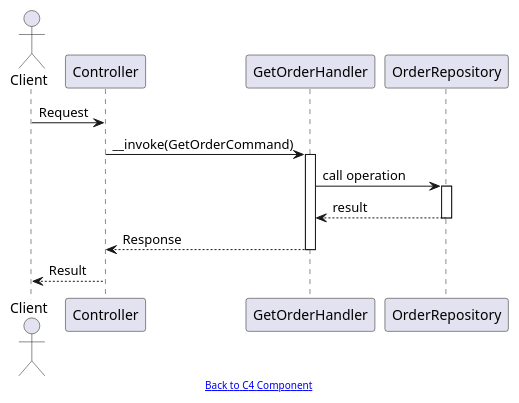
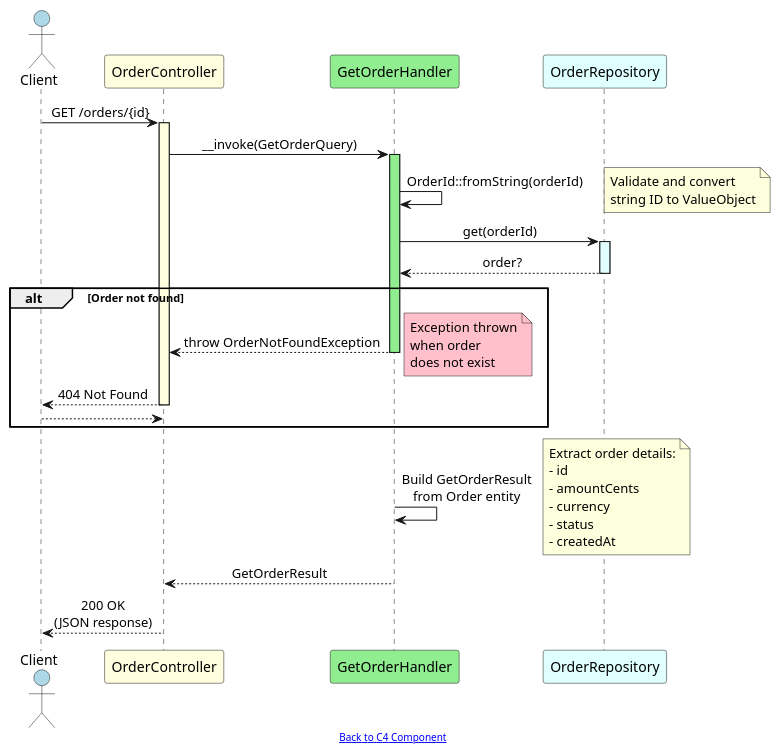
One commit to mundiir/meetup-2025-orders-service changed the diagram in docs/sequence-get-order.puml. Above: the diagram before and after it, drawn with PlantUML.

Commit message:
Add colors and comprehensive details to GetOrder sequence diagram

```diff
--- a/docs/sequence-get-order.puml
+++ b/docs/sequence-get-order.puml
@@ -1,24 +1,46 @@
 @startuml
-' Get Order Use Case — Application Layer
+' GetOrder Use Case — Application Layer with activations
 
-actor Client
-participant "Controller" as Controller
-participant "GetOrderHandler" as Handler
-participant OrderRepository as orders
+skinparam sequenceMessageAlign center
+skinparam BoxPadding 10
 
-Client -> Controller: Request
-Controller -> Handler: __invoke(GetOrderCommand)
-activate Handler
+actor Client #lightblue
+participant "OrderController" as Controller #lightyellow
+participant "GetOrderHandler" as Handler #lightgreen
+participant OrderRepository as Repo #lightcyan
 
-Handler -> orders: call operation
-activate orders
-orders --> Handler: result
-deactivate orders
+Client -> Controller: GET /orders/{id}
+activate Controller #lightyellow
 
-Handler --> Controller: Response
+Controller -> Handler: __invoke(GetOrderQuery)
+activate Handler #lightgreen
+
+Handler -> Handler: OrderId::fromString(orderId)
+note right: Validate and convert\nstring ID to ValueObject
+
+Handler -> Repo: get(orderId)
+activate Repo #lightcyan
+Repo --> Handler: order?
+deactivate Repo
+
+alt Order not found
+  Handler --> Controller: throw OrderNotFoundException
+  note right #pink: Exception thrown\nwhen order\ndoes not exist
+  deactivate Handler
+  Controller --> Client: 404 Not Found
+  deactivate Controller
+  return
+end
+
+Handler -> Handler: Build GetOrderResult\nfrom Order entity
+note right: Extract order details:\n- id\n- amountCents\n- currency\n- status\n- createdAt
+
+Handler --> Controller: GetOrderResult
 deactivate Handler
-Controller --> Client: Result
+
+Controller --> Client: 200 OK\n(JSON response)
+deactivate Controller
 
 footer [[https://mundiir.github.io/meetup-2025-orders-service/c4-component.svg Back to C4 Component]]
 
 @enduml
```
